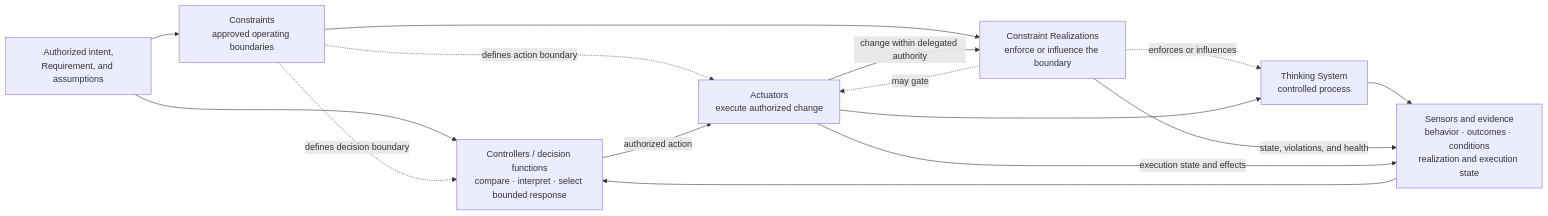
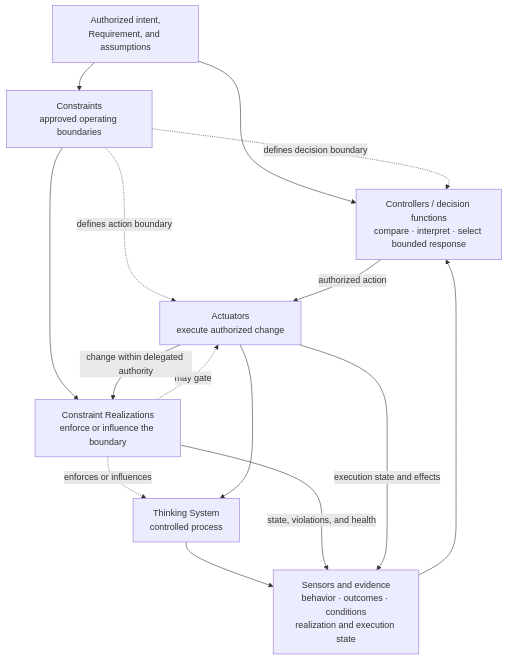
Before and after one commit to UncertaintyArchitectureGroup/uncertainty-architecture: the seventh of 8 diagrams in content/research/notes/thinking-systems-publication-draft.md, drawn with Mermaid. The commit also changed 11 other files, not shown here.

````diff
--- a/content/research/notes/thinking-systems-publication-draft.md
+++ b/content/research/notes/thinking-systems-publication-draft.md
@@ -329,25 +329,25 @@
 ```mermaid
-flowchart LR
+flowchart TB
     R["Authorized intent,<br/>Requirement, and assumptions"]
     K["Constraints<br/>approved operating boundaries"]
     KR["Constraint Realizations<br/>enforce or influence the boundary"]
     P["Thinking System<br/>controlled process"]
     S["Sensors and evidence<br/>behavior · outcomes · conditions<br/>realization and execution state"]
     C["Controllers / decision functions<br/>compare · interpret · select bounded response"]
     A["Actuators<br/>execute authorized change"]
 
     R --> C
     R --> K
     K --> KR
     K -. defines decision boundary .-> C
     K -. defines action boundary .-> A
     KR -. enforces or influences .-> P
     KR -. may gate .-> A
     P --> S
     KR -->|state, violations, and health| S
     A -->|execution state and effects| S
     S --> C
     C -->|authorized action| A
     A --> P
     A -->|change within delegated authority| KR
 ```
````
